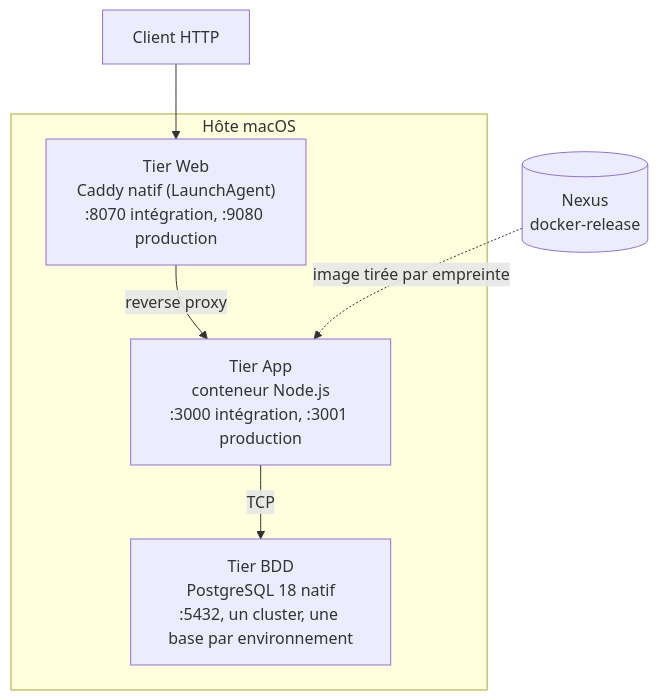
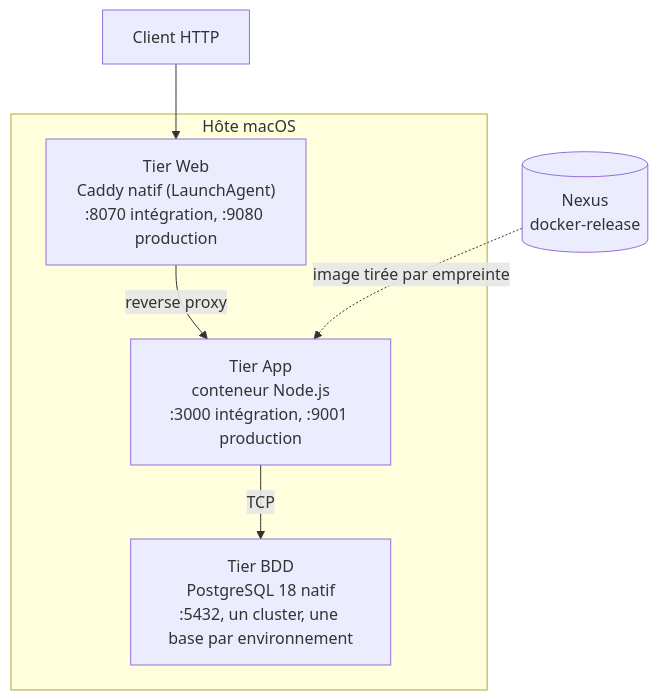
The first of 2 diagrams in Docs/architecture-3tiers.md (logo-solutions/factice), drawn with Mermaid before and after one commit. The commit also changed other lines of this file and 2 other files, not shown here.

Commit message:
fix: production sur port 9001 (3001 pris par Colima)
Port 3001 est utilisé en infrastructure par Colima/lima pour SSH vers la VM.
Production bascule sur 9001, libre et disponible.

Exigence: non-applicable
KB: non-applicable

Claude-Session: https://claude.ai/code/session_01KKAKUEtVx5nPQamqs2Zy46

````diff
--- a/Docs/architecture-3tiers.md
+++ b/Docs/architecture-3tiers.md
@@ -17,12 +17,12 @@
 ```mermaid
 flowchart TD
     C[Client HTTP] --> W
     subgraph hôte [Hôte macOS]
         W["Tier Web<br/>Caddy natif (LaunchAgent)<br/>:8070 intégration, :9080 production"]
-        A["Tier App<br/>conteneur Node.js<br/>:3000 intégration, :3001 production"]
+        A["Tier App<br/>conteneur Node.js<br/>:3000 intégration, :9001 production"]
         D["Tier BDD<br/>PostgreSQL 18 natif<br/>:5432, un cluster, une base par environnement"]
         W -->|reverse proxy| A
         A -->|TCP| D
     end
     N[(Nexus<br/>docker-release)] -.->|image tirée par empreinte| A
 ```
````
